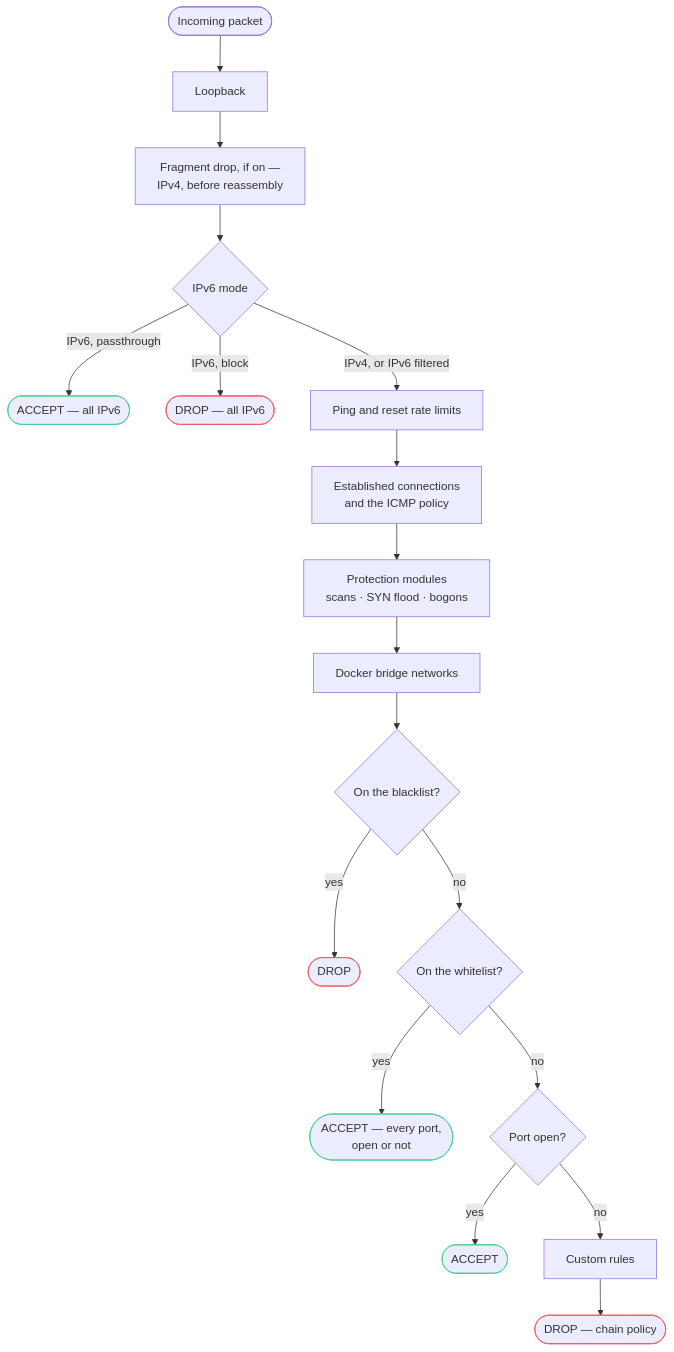
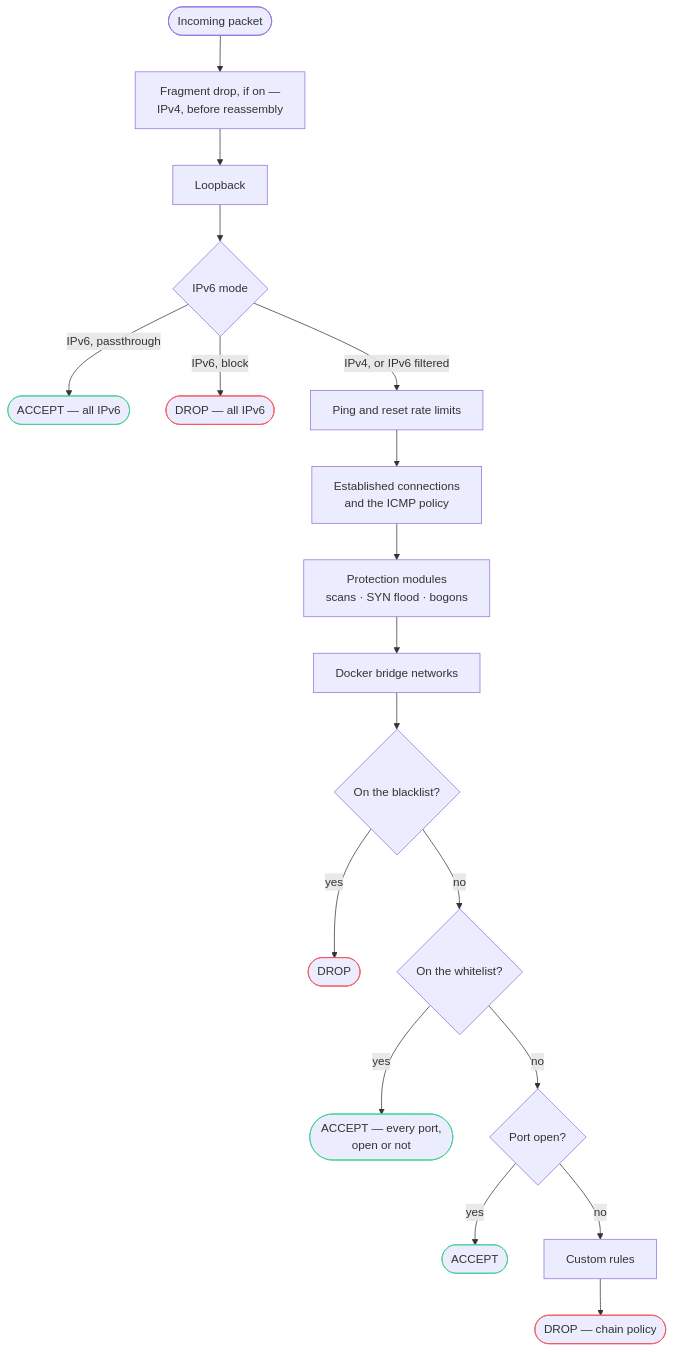
Before and after one commit to jp1337/easywall: the diagram in docs/_diagrams/rule-order.mmd, drawn with Mermaid. The commit also changed 6 other files, not shown here.

First line of the commit message:
docs: the rule-order figure shows the fragment drop first; 2.22's guards are listed

```diff
--- a/docs/_diagrams/rule-order.mmd
+++ b/docs/_diagrams/rule-order.mmd
@@ -1,25 +1,25 @@
 flowchart TD
-  P(["Incoming packet"]) --> L["Loopback"]
-  L --> F["Fragment drop, if on —<br/>IPv4, before reassembly"]
-  F --> V{"IPv6 mode"}
+  P(["Incoming packet"]) --> F["Fragment drop, if on —<br/>IPv4, before reassembly"]
+  F --> L["Loopback"]
+  L --> V{"IPv6 mode"}
   V -->|"IPv6, passthrough"| A1(["ACCEPT — all IPv6"])
   V -->|"IPv6, block"| X0(["DROP — all IPv6"])
   V -->|"IPv4, or IPv6 filtered"| R["Ping and reset rate limits"]
   R --> H["Established connections<br/>and the ICMP policy"]
   H --> M["Protection modules<br/>scans · SYN flood · bogons"]
   M --> D["Docker bridge networks"]
   D --> B{"On the blacklist?"}
   B -->|yes| X1(["DROP"])
   B -->|no| W{"On the whitelist?"}
   W -->|yes| A3(["ACCEPT — every port,<br/>open or not"])
   W -->|no| O{"Port open?"}
   O -->|yes| A4(["ACCEPT"])
   O -->|no| C["Custom rules"]
   C --> X2(["DROP — chain policy"])
 
   style X0 stroke:#f2555a
   style X1 stroke:#f2555a
   style X2 stroke:#f2555a
   style A1 stroke:#3ecf8e
   style A3 stroke:#3ecf8e
   style A4 stroke:#3ecf8e
```
